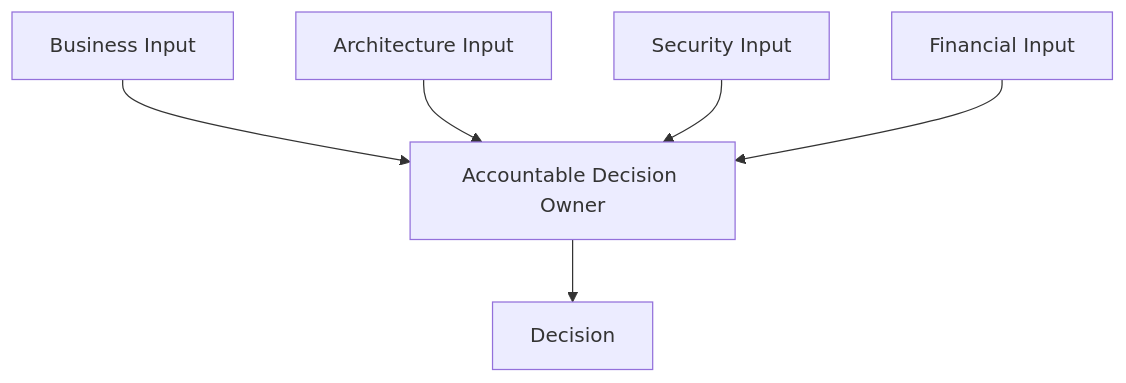
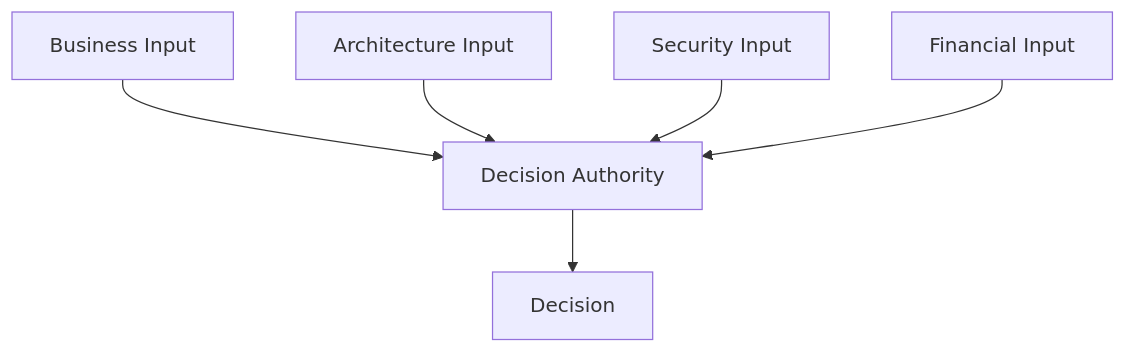
One commit to Pettersson-dev/Pettersson-dev.github.io changed the second of 3 diagrams in _posts/2026-07-15-decision-rights.md. Above: the diagram before and after it, drawn with Mermaid. The commit also changed other lines of this file, not shown here.

````diff
--- a/_posts/2026-07-15-decision-rights.md
+++ b/_posts/2026-07-15-decision-rights.md
@@ -478,15 +478,15 @@
 ```mermaid
 flowchart TD
     Business["Business Input"]
     Architecture["Architecture Input"]
     Security["Security Input"]
     Finance["Financial Input"]
-    Owner["Accountable Decision Owner"]
+    Authority["Decision Authority"]
     Decision["Decision"]
 
-    Business --> Owner
-    Architecture --> Owner
-    Security --> Owner
-    Finance --> Owner
-    Owner --> Decision
+    Business --> Authority
+    Architecture --> Authority
+    Security --> Authority
+    Finance --> Authority
+    Authority --> Decision
 ```
````
